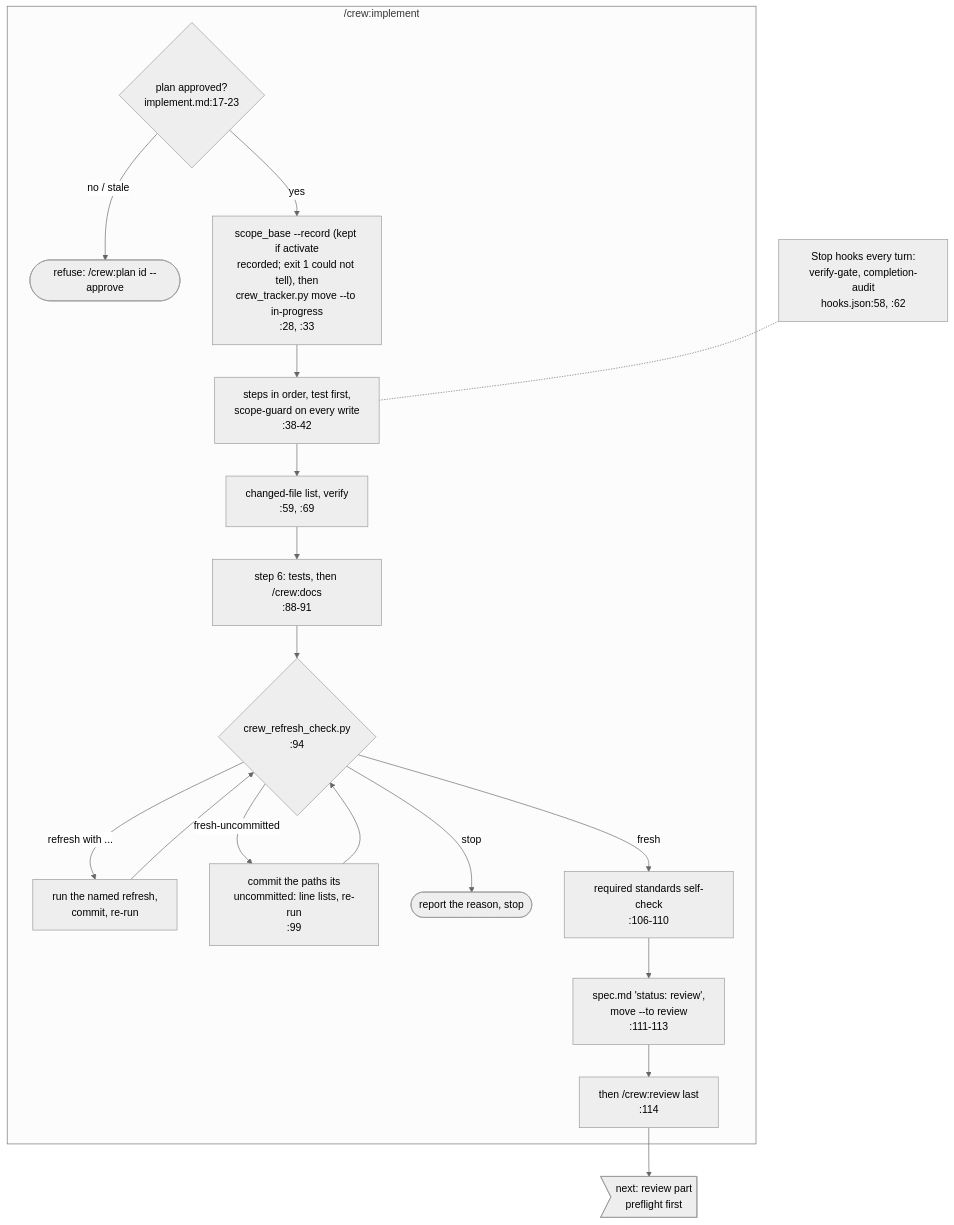
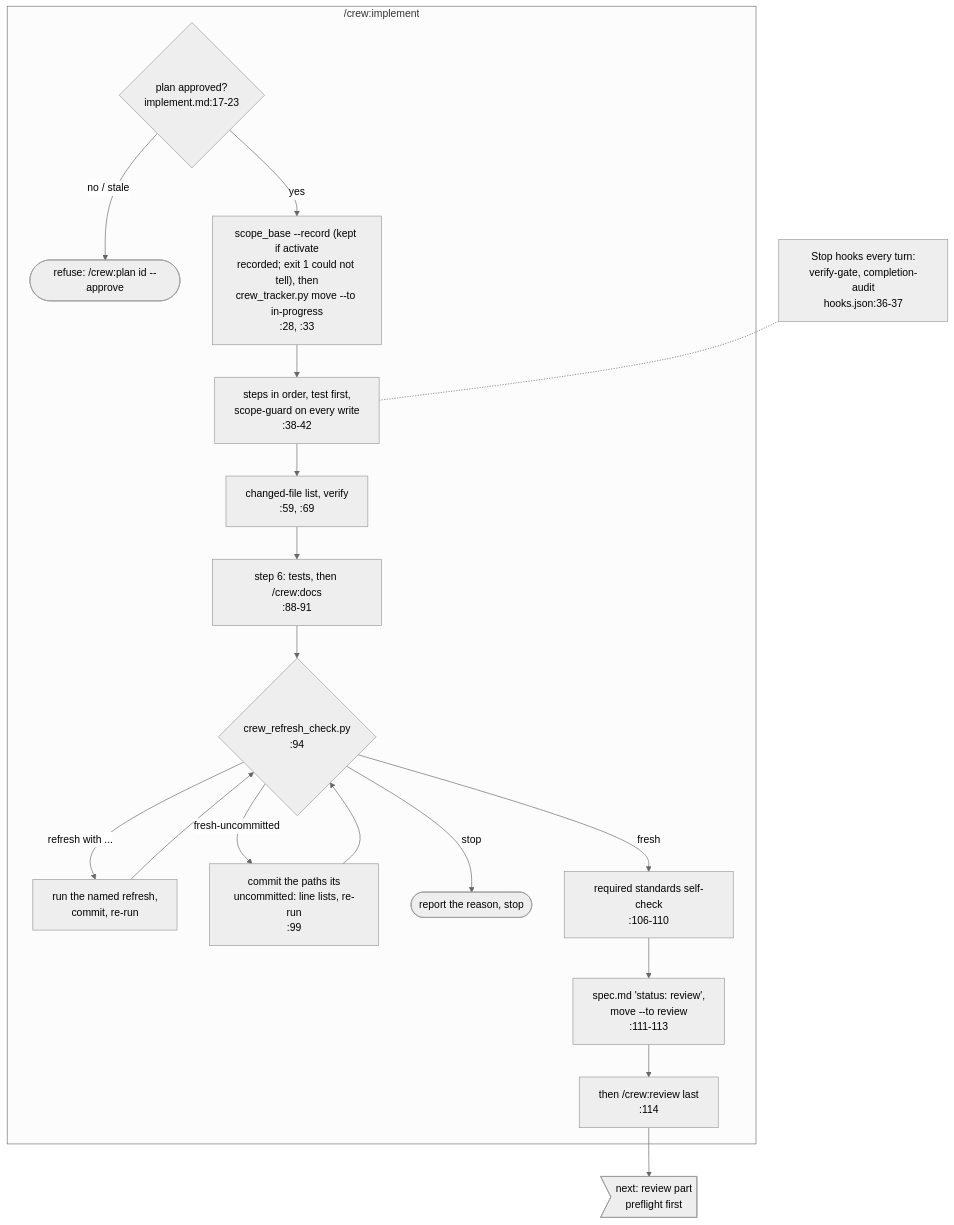
Diagram 31 of 38 in docs/diagrams/README.md (mbadali25/useful-claude-add-ons), drawn with Mermaid (neutral theme) before and after one commit. The commit also changed other lines of this file and 16 other files, not shown here.

Commit message:
L-0850: ADR 0009, hook docs, guides, diagram line references (pre-version)

````diff
--- a/docs/diagrams/README.md
+++ b/docs/diagrams/README.md
@@ -1176,24 +1176,24 @@
 ```mermaid
 flowchart TB
     subgraph implement["/crew:implement"]
         im0{"plan approved?<br/>implement.md:17-23"}
         im0 -- "no / stale" --> imx([refuse: /crew:plan id --approve])
         im0 -- yes --> im1["scope_base --record (kept if activate<br/>recorded; exit 1 could not tell), then<br/>crew_tracker.py move --to in-progress<br/>:28, :33"]
         im1 --> im2["steps in order, test first,<br/>scope-guard on every write<br/>:38-42"]
         im2 --> im3a["changed-file list, verify<br/>:59, :69"]
         im3a --> im3["step 6: tests, then /crew:docs<br/>:88-91"]
         im3 --> rf1{"crew_refresh_check.py<br/>:94"}
         rf1 -- "refresh with ..." --> rf2["run the named refresh,<br/>commit, re-run"]
         rf2 --> rf1
         rf1 -- "fresh-uncommitted" --> rf3["commit the paths its<br/>uncommitted: line lists, re-run<br/>:99"]
         rf3 --> rf1
         rf1 -- "stop" --> rfx([report the reason, stop])
         rf1 -- fresh --> sc1["required standards self-check<br/>:106-110"]
         sc1 --> im4["spec.md 'status: review',<br/>move --to review<br/>:111-113"]
         im4 --> im5["then /crew:review last<br/>:114"]
     end
 
     im5 --> to_pf0>"next: review part<br/>preflight first"]
 
-    stop["Stop hooks every turn:<br/>verify-gate, completion-audit<br/>hooks.json:58, :62"] -.- im2
+    stop["Stop hooks every turn:<br/>verify-gate, completion-audit<br/>hooks.json:36-37"] -.- im2
 ```
````
